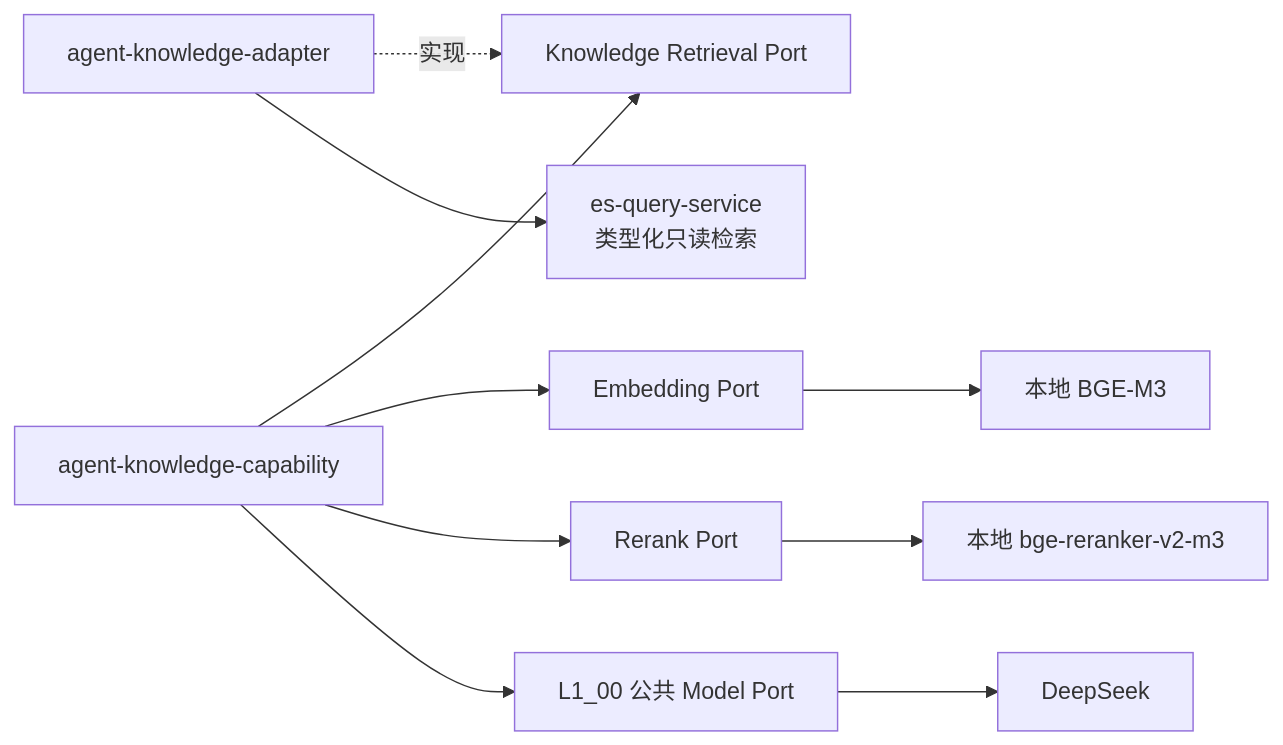
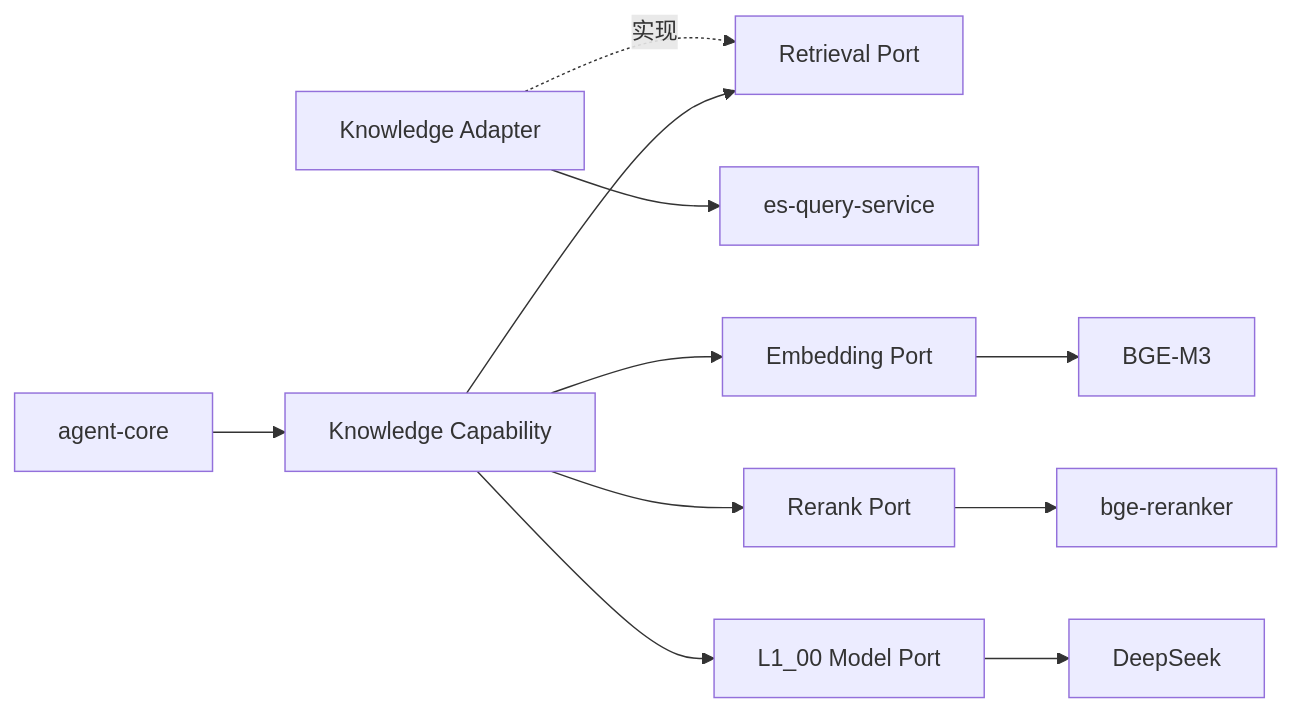
One commit to KyriosoO/springcloud-demo changed the diagram in docs/design/L1_01_SINGLE_AGENT_KNOWLEDGE_QUERY_ARCHITECTURE.md. Above: the diagram before and after it, drawn with Mermaid. The commit also changed other lines of this file and 35 other files, not shown here.

````diff
--- a/docs/design/L1_01_SINGLE_AGENT_KNOWLEDGE_QUERY_ARCHITECTURE.md
+++ b/docs/design/L1_01_SINGLE_AGENT_KNOWLEDGE_QUERY_ARCHITECTURE.md
@@ -214,20 +144,10 @@
 ```mermaid
 flowchart LR
-    KC["agent-knowledge-capability"]
-    RP["Knowledge Retrieval Port"]
-    KA["agent-knowledge-adapter"]
-    ESQ["es-query-service<br/>类型化只读检索"]
-    EP["Embedding Port"]
-    EMB["本地 BGE-M3"]
-    RRP["Rerank Port"]
-    RR["本地 bge-reranker-v2-m3"]
-    MP["L1_00 公共 Model Port"]
-    DS["DeepSeek"]
-
-    KC --> RP
-    KA -. "实现" .-> RP
-    KA --> ESQ
-    KC --> EP --> EMB
-    KC --> RRP --> RR
-    KC --> MP --> DS
+    Core[agent-core] --> KC[Knowledge Capability]
+    KC --> RP[Retrieval Port]
+    KA[Knowledge Adapter] -.实现.-> RP
+    KA --> ESQ[es-query-service]
+    KC --> EP[Embedding Port] --> BGE[BGE-M3]
+    KC --> RRP[Rerank Port] --> RR[bge-reranker]
+    KC --> MP[L1_00 Model Port] --> DS[DeepSeek]
 ```
````
